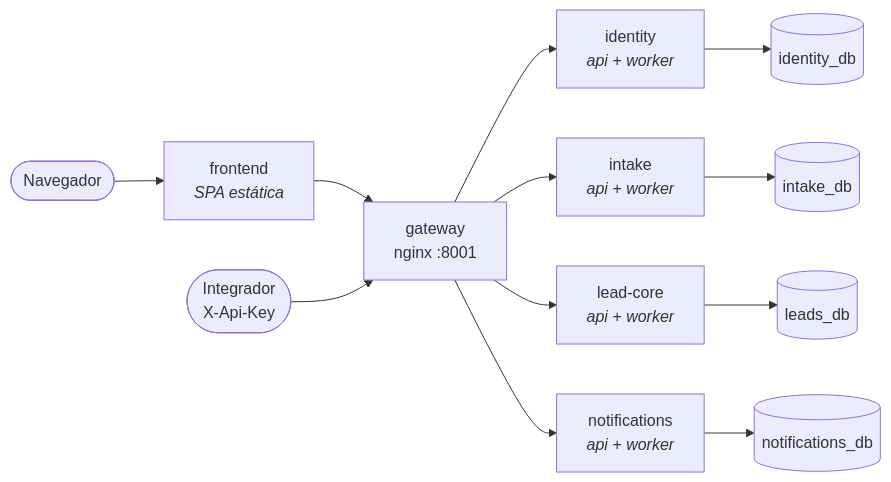
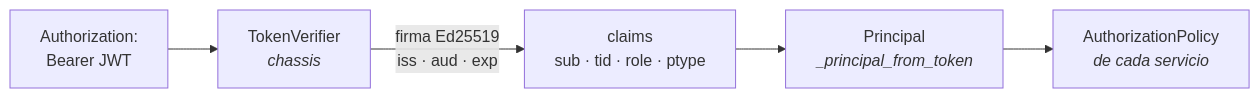
Before and after one commit to MDCIrony/leads-hexa: the third of 8 diagrams in .slides-microservices/slides.md, drawn with Mermaid. The commit also changed other lines of this file and 1 other file, not shown here.

Commit message:
docs(slides): simplify the deck and explain the edge and the event flow

````diff
--- a/.slides-microservices/slides.md
+++ b/.slides-microservices/slides.md
@@ -83,9 +229,7 @@
-```mermaid {scale: 0.5}
+```mermaid {scale: 0.52}
 flowchart LR
-    B(["Navegador"]) --> FE["frontend<br/><i>SPA estática</i>"] --> GW
-    EXT(["Integrador<br/>X-Api-Key"]) --> GW["gateway<br/>nginx :8001"]
-    GW --> ID["identity<br/><i>api + worker</i>"] --> IDB[("identity_db")]
-    GW --> IN["intake<br/><i>api + worker</i>"] --> INDB[("intake_db")]
-    GW --> LC["lead-core<br/><i>api + worker</i>"] --> LDB[("leads_db")]
-    GW --> NO["notifications<br/><i>api + worker</i>"] --> NDB[("notifications_db")]
+    H["Authorization:<br/>Bearer JWT"] --> V["TokenVerifier<br/><i>chassis</i>"]
+    V -->|"firma Ed25519<br/>iss · aud · exp"| C["claims<br/>sub · tid · role · ptype"]
+    C --> P["Principal<br/><i>_principal_from_token</i>"]
+    P --> A["AuthorizationPolicy<br/><i>de cada servicio</i>"]
 ```
````
